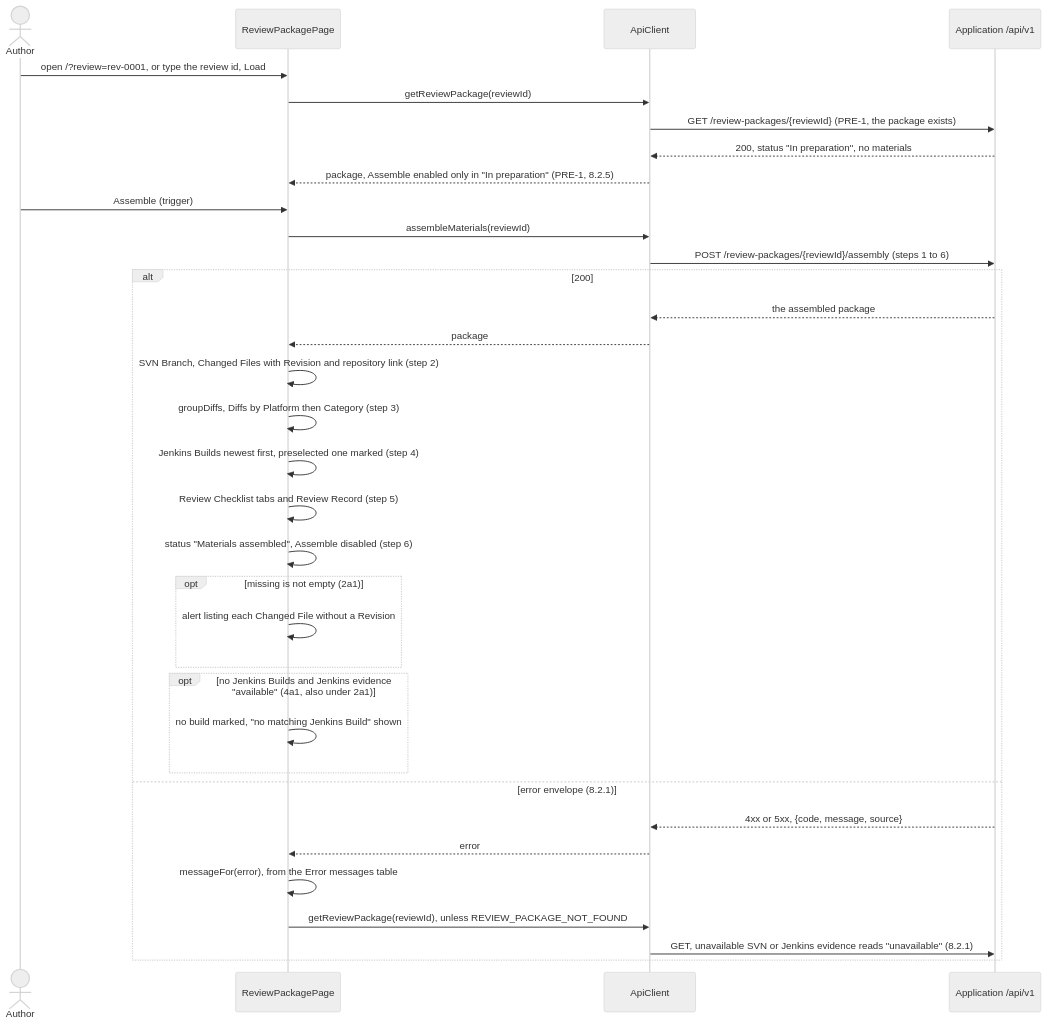
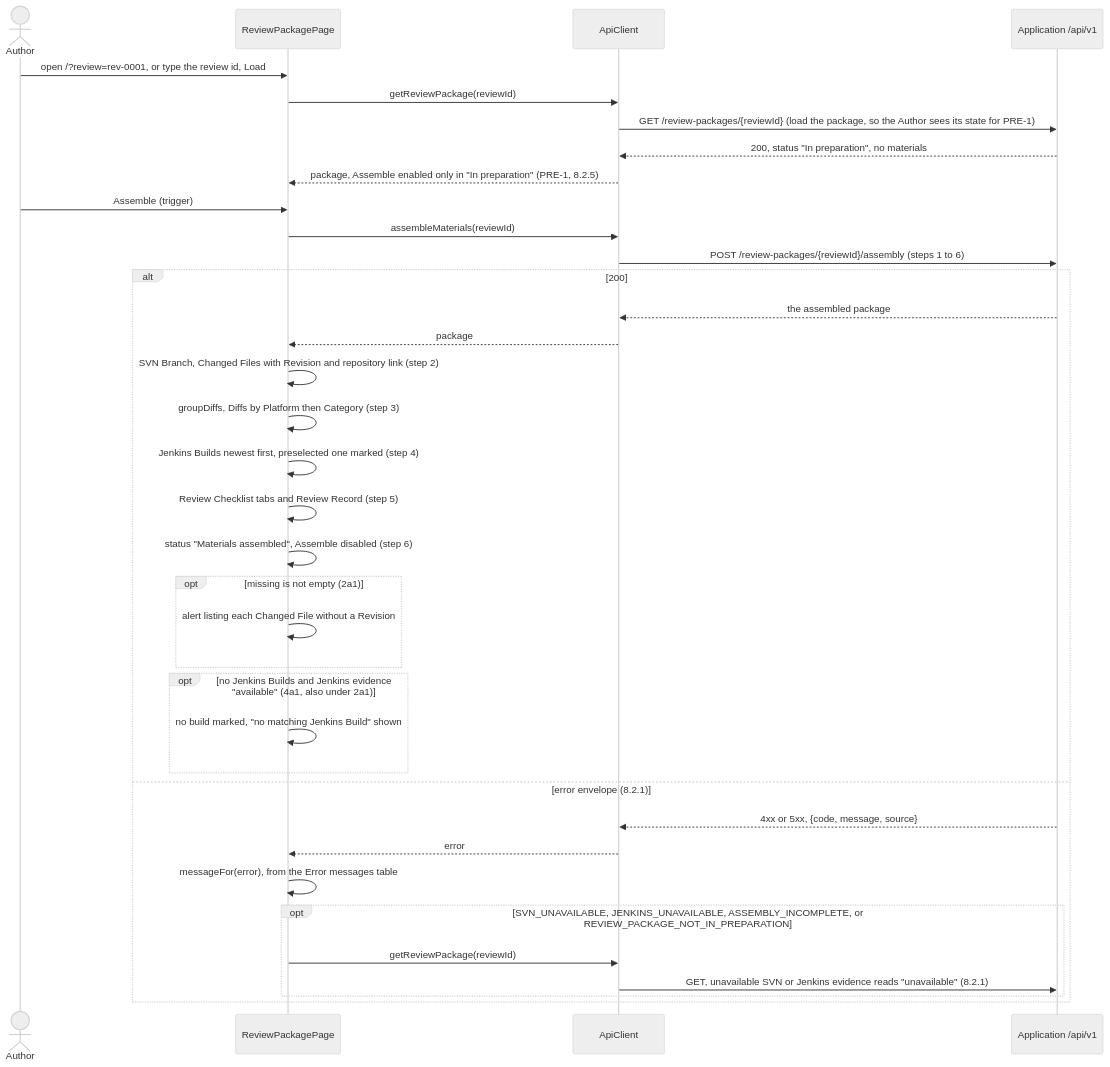
The fourth of 4 diagrams in docs/design/rev.md (olehzu/RevView-OMNI), drawn with Mermaid (neutral theme) before and after one commit. The commit also changed other lines of this file and 1 other file, not shown here.

Commit message:
Apply the review of the review package page design
Reload after only the four codes whose stored package may change, as the
Error messages table says; relabel the page's GET (it does not check
PRE-1); drop "tell the maintainer", which names no one; record the
"Pending build validation" dead end; and tell the README reader to
press Load.

````diff
--- a/docs/design/rev.md
+++ b/docs/design/rev.md
@@ -195,36 +195,38 @@
 ```mermaid
 sequenceDiagram
     actor A as Author
     participant P as ReviewPackagePage
     participant C as ApiClient
     participant API as Application /api/v1
     A->>P: open /?review=rev-0001, or type the review id, Load
     P->>C: getReviewPackage(reviewId)
-    C->>API: GET /review-packages/{reviewId} (PRE-1, the package exists)
+    C->>API: GET /review-packages/{reviewId} (load the package, so the Author sees its state for PRE-1)
     API-->>C: 200, status "In preparation", no materials
     C-->>P: package, Assemble enabled only in "In preparation" (PRE-1, 8.2.5)
     A->>P: Assemble (trigger)
     P->>C: assembleMaterials(reviewId)
     C->>API: POST /review-packages/{reviewId}/assembly (steps 1 to 6)
     alt 200
         API-->>C: the assembled package
         C-->>P: package
         P->>P: SVN Branch, Changed Files with Revision and repository link (step 2)
         P->>P: groupDiffs, Diffs by Platform then Category (step 3)
         P->>P: Jenkins Builds newest first, preselected one marked (step 4)
         P->>P: Review Checklist tabs and Review Record (step 5)
         P->>P: status "Materials assembled", Assemble disabled (step 6)
         opt missing is not empty (2a1)
             P->>P: alert listing each Changed File without a Revision
         end
         opt no Jenkins Builds and Jenkins evidence "available" (4a1, also under 2a1)
             P->>P: no build marked, "no matching Jenkins Build" shown
         end
     else error envelope (8.2.1)
         API-->>C: 4xx or 5xx, {code, message, source}
         C-->>P: error
         P->>P: messageFor(error), from the Error messages table
-        P->>C: getReviewPackage(reviewId), unless REVIEW_PACKAGE_NOT_FOUND
-        C->>API: GET, unavailable SVN or Jenkins evidence reads "unavailable" (8.2.1)
+        opt SVN_UNAVAILABLE, JENKINS_UNAVAILABLE, ASSEMBLY_INCOMPLETE, or REVIEW_PACKAGE_NOT_IN_PREPARATION
+            P->>C: getReviewPackage(reviewId)
+            C->>API: GET, unavailable SVN or Jenkins evidence reads "unavailable" (8.2.1)
+        end
     end
 ```
````
